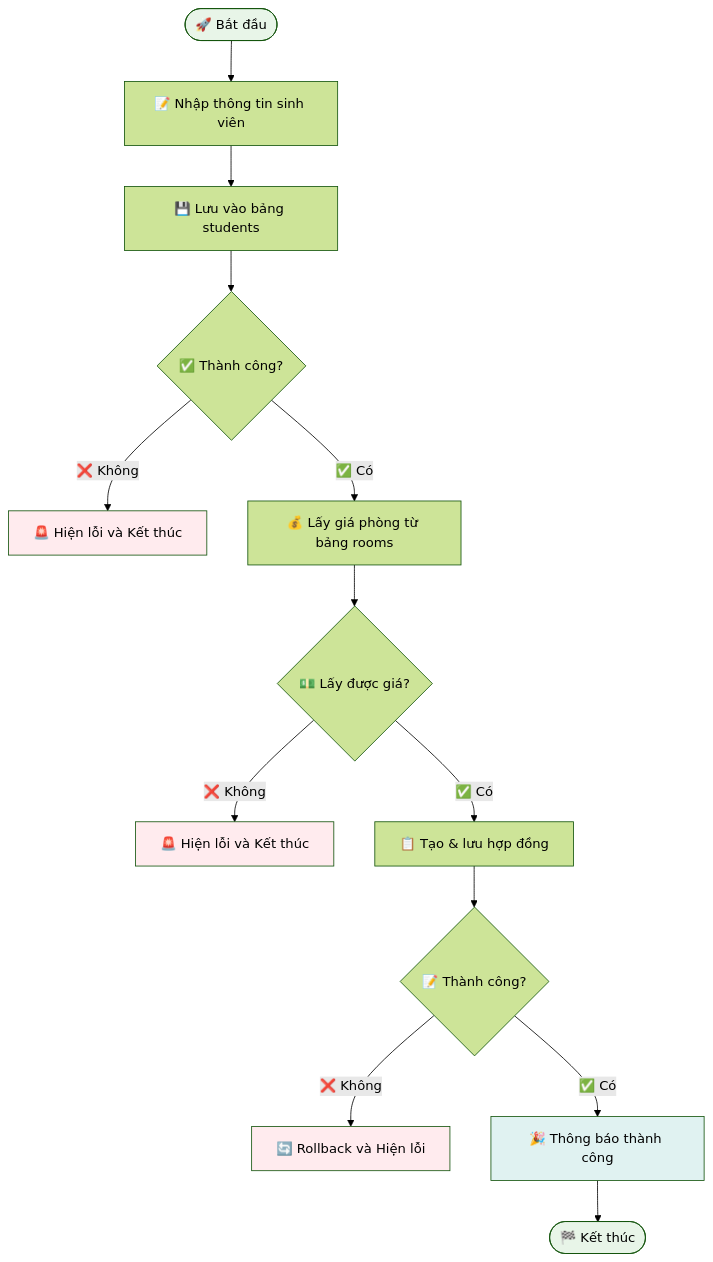
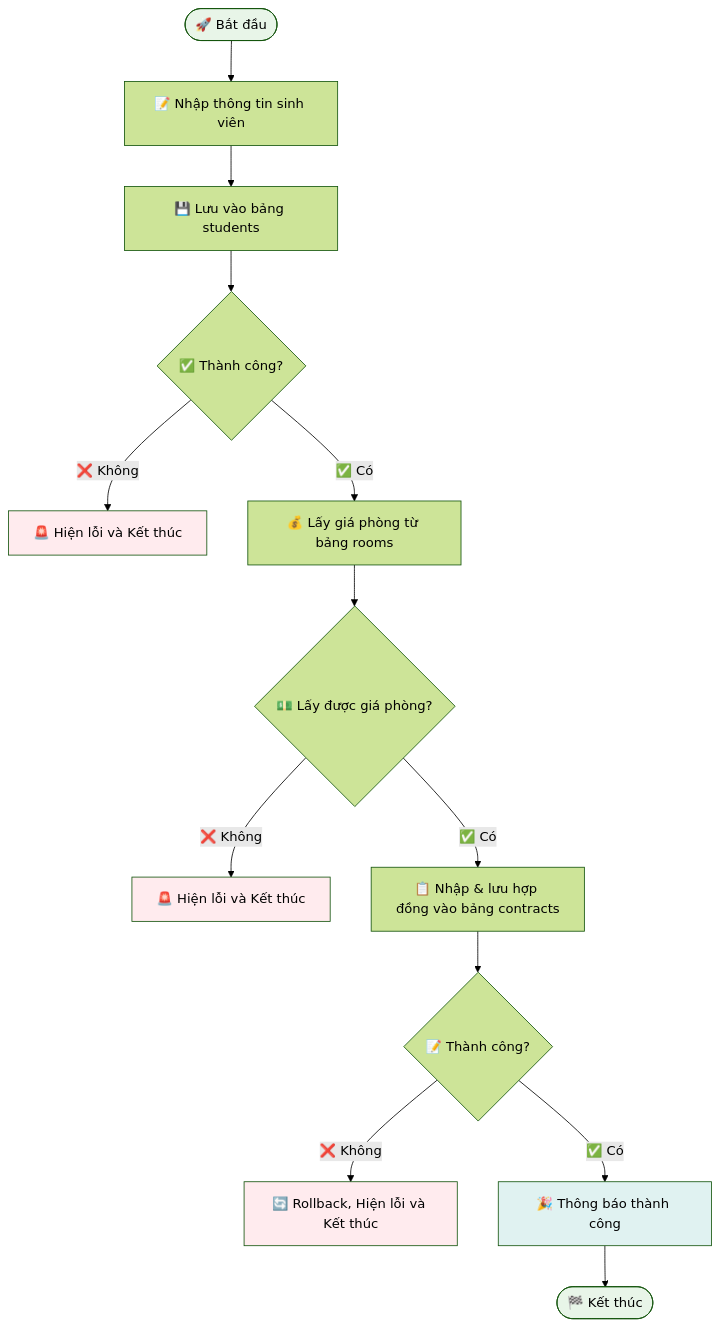
One commit to BachNguyenn/dorm_web changed the second of 2 diagrams in README.md. Above: the diagram before and after it, drawn with Mermaid (forest theme). The commit also changed other lines of this file, not shown here.

````diff
--- a/README.md
+++ b/README.md
@@ -311,22 +447,31 @@
 ```mermaid
 flowchart TD
-    A([🚀 Bắt đầu]) --> B[📝 Nhập thông tin sinh viên]
-    B --> C[💾 Lưu vào bảng students]
-    C --> D{✅ Thành công?}
-    D -->|❌ Không| E[🚨 Hiện lỗi và Kết thúc]
-    D -->|✅ Có| F[💰 Lấy giá phòng từ bảng rooms]
-    F --> G{💵 Lấy được giá?}
-    G -->|❌ Không| H[🚨 Hiện lỗi và Kết thúc]
-    G -->|✅ Có| I[📋 Tạo & lưu hợp đồng]
-    I --> J{📝 Thành công?}
-    J -->|❌ Không| K[🔄 Rollback và Hiện lỗi]
-    J -->|✅ Có| L[🎉 Thông báo thành công]
-    L --> M([🏁 Kết thúc])
+    A([🚀 Bắt đầu])
+    B[📝 Nhập thông tin sinh viên]
+    C[💾 Lưu vào bảng students]
+    D{✅ Thành công?}
+    E[🚨 Hiện lỗi và Kết thúc]
+    F[💰 Lấy giá phòng từ bảng rooms]
+    G{💵 Lấy được giá phòng?}
+    H[🚨 Hiện lỗi và Kết thúc]
+    I[📋 Nhập & lưu hợp đồng vào bảng contracts]
+    J{📝 Thành công?}
+    K[🔄 Rollback, Hiện lỗi và Kết thúc]
+    L[🎉 Thông báo thành công]
+    M([🏁 Kết thúc])
+
+    A --> B --> C --> D
+    D -- "❌ Không" --> E
+    D -- "✅ Có" --> F --> G
+    G -- "❌ Không" --> H
+    G -- "✅ Có" --> I --> J
+    J -- "❌ Không" --> K
+    J -- "✅ Có" --> L --> M
     
     style A fill:#e8f5e8
     style M fill:#e8f5e8
     style E fill:#ffebee
     style H fill:#ffebee
     style K fill:#ffebee
     style L fill:#e0f2f1
 ```
````
